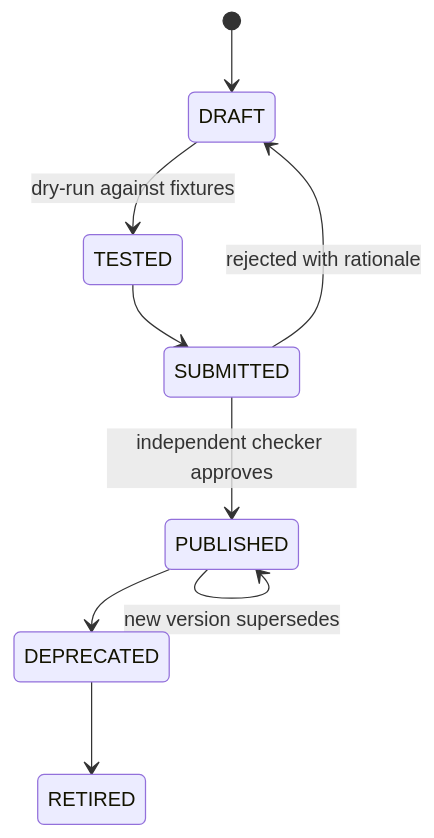
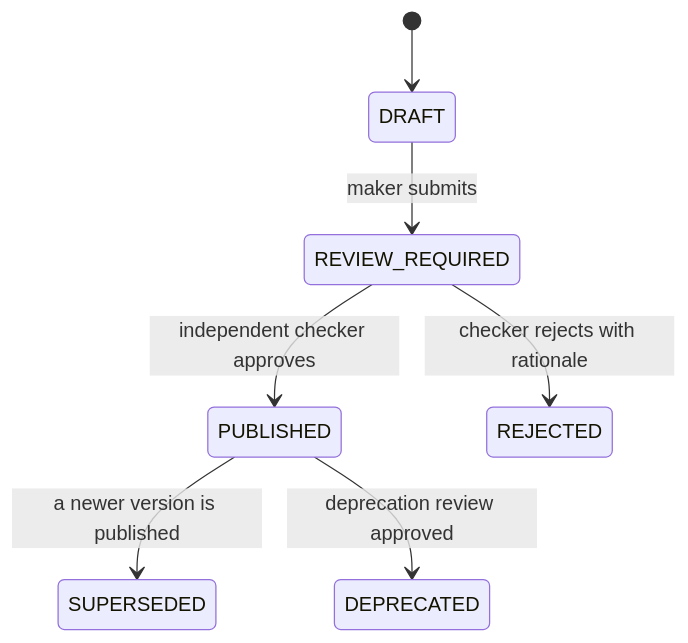
The diagram in Docs/30-contracts/07-tool-and-agent-contract.md (karuppusamym/AIDataAnalyst), drawn with Mermaid before and after one commit. The commit also changed other lines of this file and 67 other files, not shown here.

````diff
--- a/Docs/30-contracts/07-tool-and-agent-contract.md
+++ b/Docs/30-contracts/07-tool-and-agent-contract.md
@@ -75,11 +79,9 @@
 ```mermaid
 stateDiagram-v2
     [*] --> DRAFT
-    DRAFT --> TESTED: dry-run against fixtures
-    TESTED --> SUBMITTED
-    SUBMITTED --> PUBLISHED: independent checker approves
-    SUBMITTED --> DRAFT: rejected with rationale
-    PUBLISHED --> DEPRECATED
-    DEPRECATED --> RETIRED
-    PUBLISHED --> PUBLISHED: new version supersedes
+    DRAFT --> REVIEW_REQUIRED: maker submits
+    REVIEW_REQUIRED --> PUBLISHED: independent checker approves
+    REVIEW_REQUIRED --> REJECTED: checker rejects with rationale
+    PUBLISHED --> SUPERSEDED: a newer version is published
+    PUBLISHED --> DEPRECATED: deprecation review approved
 ```
````
